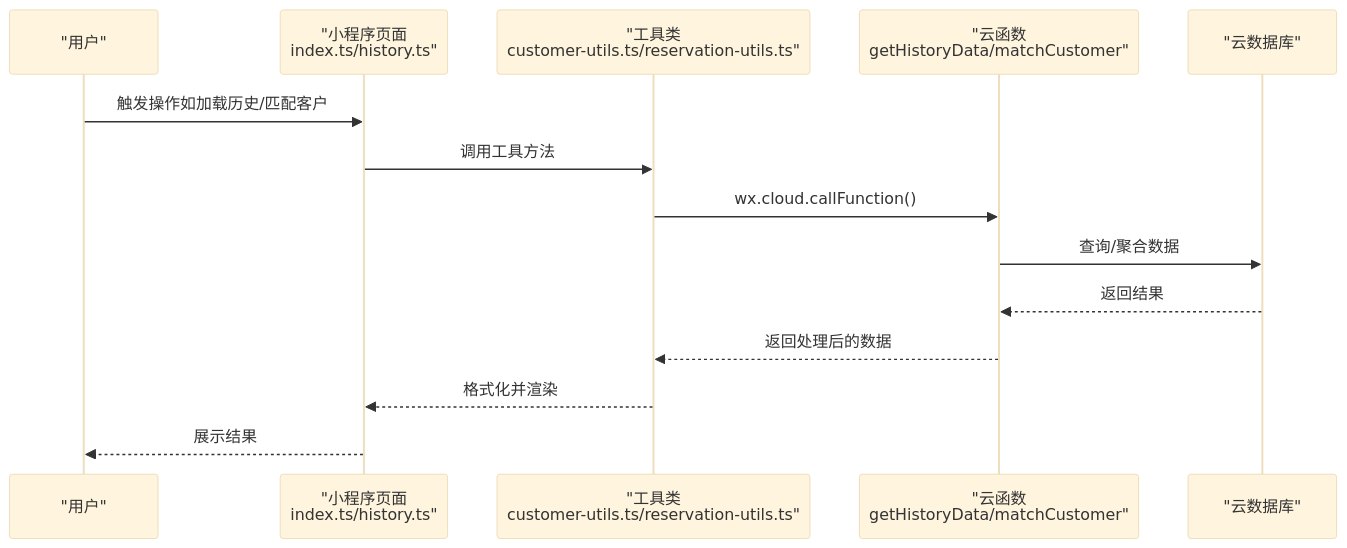
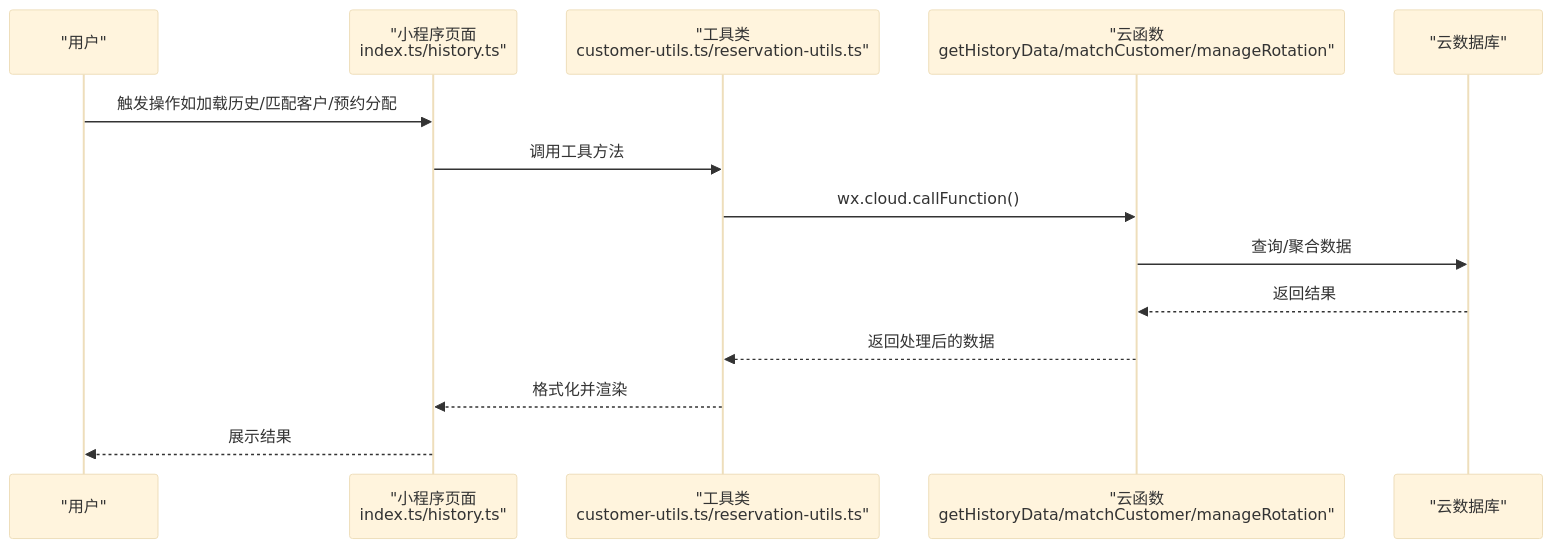
Before and after one commit to xwHoward/padoo-consulation-printer: the second of 12 diagrams in .qoder/repowiki/zh/content/预约管理系统/预约管理系统.md, drawn with Mermaid (base theme). The commit also changed other lines of this file and 15 other files, not shown here.

````diff
--- a/.qoder/repowiki/zh/content/预约管理系统/预约管理系统.md
+++ b/.qoder/repowiki/zh/content/预约管理系统/预约管理系统.md
@@ -135,16 +155,16 @@
 ```mermaid
 sequenceDiagram
 participant User as "用户"
 participant Page as "小程序页面<br/>index.ts/history.ts"
 participant Utils as "工具类<br/>customer-utils.ts/reservation-utils.ts"
-participant CF as "云函数<br/>getHistoryData/matchCustomer"
+participant CF as "云函数<br/>getHistoryData/matchCustomer/manageRotation"
 participant DB as "云数据库"
-User->>Page : 触发操作如加载历史/匹配客户
+User->>Page : 触发操作如加载历史/匹配客户/预约分配
 Page->>Utils : 调用工具方法
 Utils->>CF : wx.cloud.callFunction()
 CF->>DB : 查询/聚合数据
 DB-->>CF : 返回结果
 CF-->>Utils : 返回处理后的数据
 Utils-->>Page : 格式化并渲染
 Page-->>User : 展示结果
 ```
````
